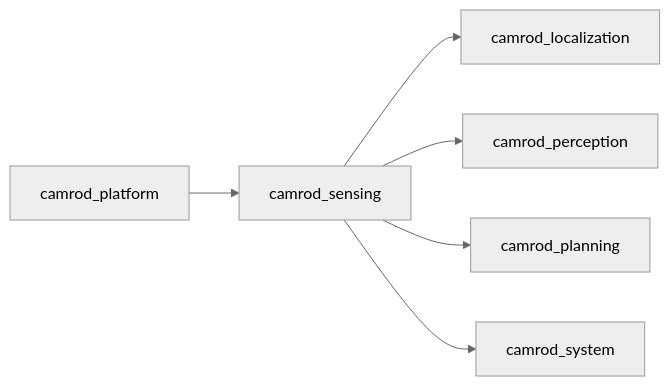
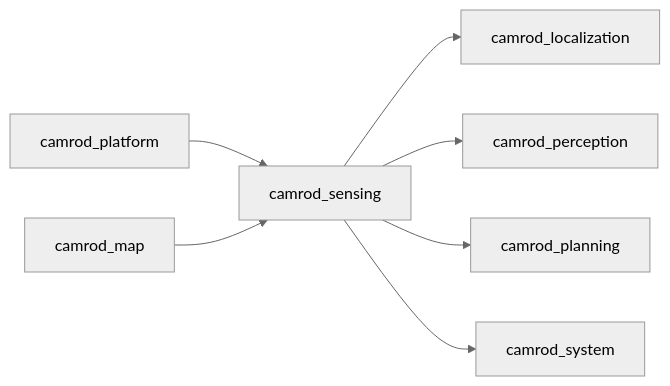
The second of 2 diagrams in camrod_sensing/README.md (hwanhonglee/CAMROD), drawn with Mermaid (neutral theme) before and after one commit. The commit also changed other lines of this file and 15 other files, not shown here.

````diff
--- a/camrod_sensing/README.md
+++ b/camrod_sensing/README.md
@@ -47,8 +75,9 @@
 ```mermaid
 graph LR
   SENSOR[camrod_sensing] --> LOC[camrod_localization]
   SENSOR --> PER[camrod_perception]
   SENSOR --> PLAN[camrod_planning]
-  SENSOR --> SYSTEM[camrod_system]
+  SENSOR --> SYS[camrod_system]
   PLATFORM[camrod_platform] --> SENSOR
+  MAP[camrod_map] --> SENSOR
 ```
````
